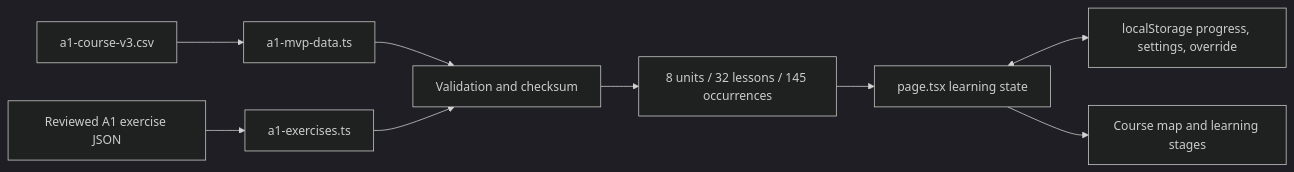
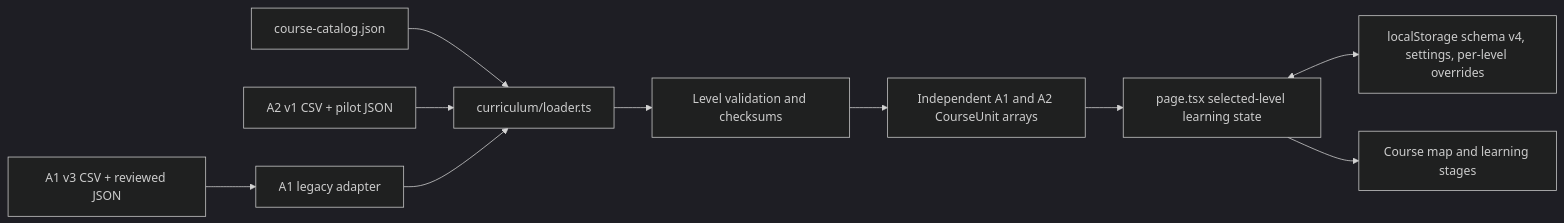
One commit to ej04520yjo4/EnglishWeb changed the first of 2 diagrams in ARCHITECTURE.md. Above: the diagram before and after it, drawn with Mermaid (dark theme). The commit also changed other lines of this file and 6 other files, not shown here.

Commit message:
Update A2 roadmap and project context

````diff
--- a/ARCHITECTURE.md
+++ b/ARCHITECTURE.md
@@ -9,11 +9,12 @@
 ```mermaid
 flowchart LR
-  CSV["a1-course-v3.csv"] --> Loader["a1-mvp-data.ts"]
-  JSON["Reviewed A1 exercise JSON"] --> ExerciseLoader["a1-exercises.ts"]
-  Loader --> Validate["Validation and checksum"]
-  ExerciseLoader --> Validate
-  Validate --> Units["8 units / 32 lessons / 145 occurrences"]
-  Units --> Page["page.tsx learning state"]
-  Page <--> Storage["localStorage progress, settings, override"]
+  Catalog["course-catalog.json"] --> LevelLoader["curriculum/loader.ts"]
+  A1["A1 v3 CSV + reviewed JSON"] --> Adapter["A1 legacy adapter"]
+  A2["A2 v1 CSV + pilot JSON"] --> LevelLoader
+  Adapter --> LevelLoader
+  LevelLoader --> Validate["Level validation and checksums"]
+  Validate --> Units["Independent A1 and A2 CourseUnit arrays"]
+  Units --> Page["page.tsx selected-level learning state"]
+  Page <--> Storage["localStorage schema v4, settings, per-level overrides"]
   Page --> UI["Course map and learning stages"]
 ```
````
